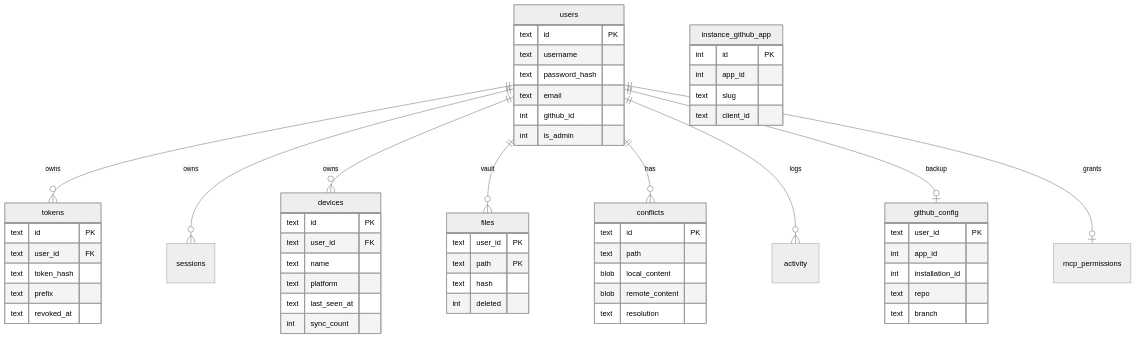
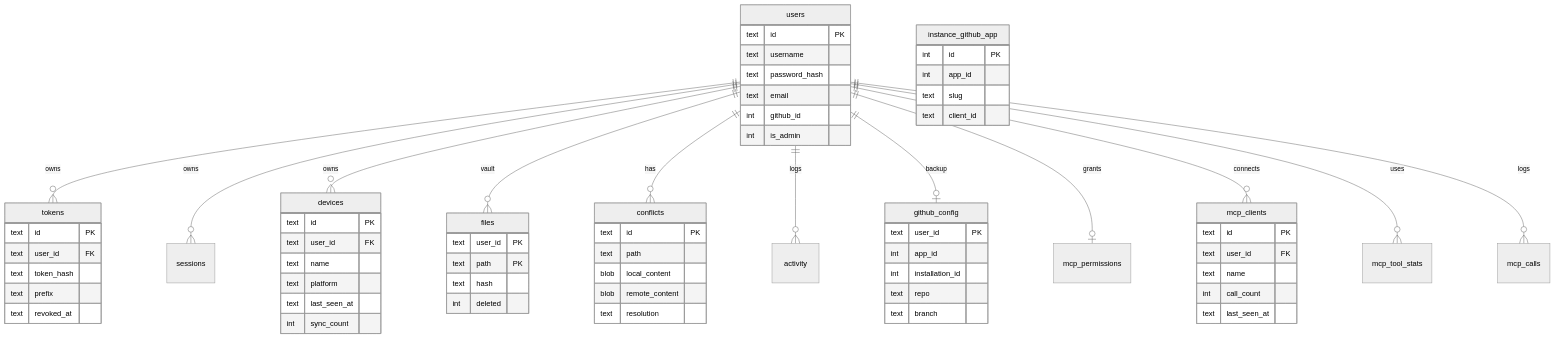
Diagram 11 of 13 in docs/architecture.md (shangeethsivan/Syncidian), drawn with Mermaid (neutral theme) before and after one commit. The commit also changed other lines of this file and 23 other files, not shown here.

````diff
--- a/docs/architecture.md
+++ b/docs/architecture.md
@@ -402,61 +404,71 @@
 ```mermaid
 erDiagram
   users ||--o{ tokens : owns
   users ||--o{ sessions : owns
   users ||--o{ devices : owns
   users ||--o{ files : vault
   users ||--o{ conflicts : has
   users ||--o{ activity : logs
   users ||--o| github_config : backup
   users ||--o| mcp_permissions : grants
+  users ||--o{ mcp_clients : connects
+  users ||--o{ mcp_tool_stats : uses
+  users ||--o{ mcp_calls : logs
 
   users {
     text id PK
     text username
     text password_hash
     text email
     int github_id
     int is_admin
   }
   tokens {
     text id PK
     text user_id FK
     text token_hash
     text prefix
     text revoked_at
   }
   devices {
     text id PK
     text user_id FK
     text name
     text platform
     text last_seen_at
     int sync_count
   }
   files {
     text user_id PK
     text path PK
     text hash
     int deleted
   }
   conflicts {
     text id PK
     text path
     blob local_content
     blob remote_content
     text resolution
   }
   github_config {
     text user_id PK
     int app_id
     int installation_id
     text repo
     text branch
   }
   instance_github_app {
     int id PK
     int app_id
     text slug
     text client_id
   }
+  mcp_clients {
+    text id PK
+    text user_id FK
+    text name
+    int call_count
+    text last_seen_at
+  }
 ```
````
